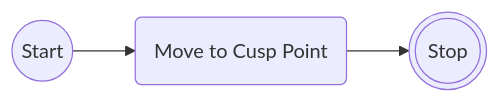
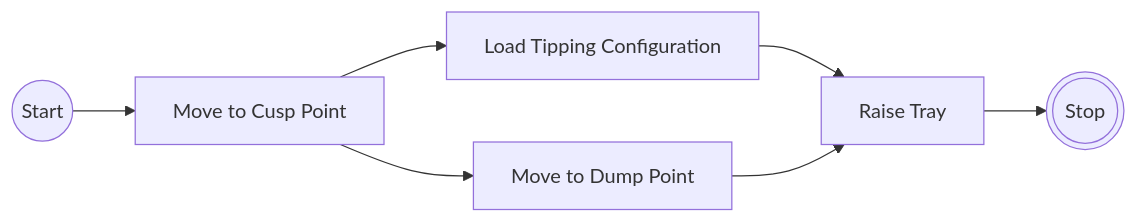
The diagram in Customised Tipping Configurations/flow.md (SimonShea/Diagrams), drawn with Mermaid before and after one commit.

````diff
--- a/Customised Tipping Configurations/flow.md
+++ b/Customised Tipping Configurations/flow.md
@@ -1,5 +1,9 @@
 ```mermaid
 flowchart LR
-  id1((Start)) --> id2(Move to Cusp Point)
-  --> id20(((Stop)))
+  id1((Start)) --> id2[Move to Cusp Point]
+  id2 --> id3[Move to Dump Point]
+  id2 --> id4[Load Tipping Configuration]
+  id4 --> id5[Raise Tray]
+  id3 --> id5
+  id5 --> id20(((Stop)))
 ```
````
